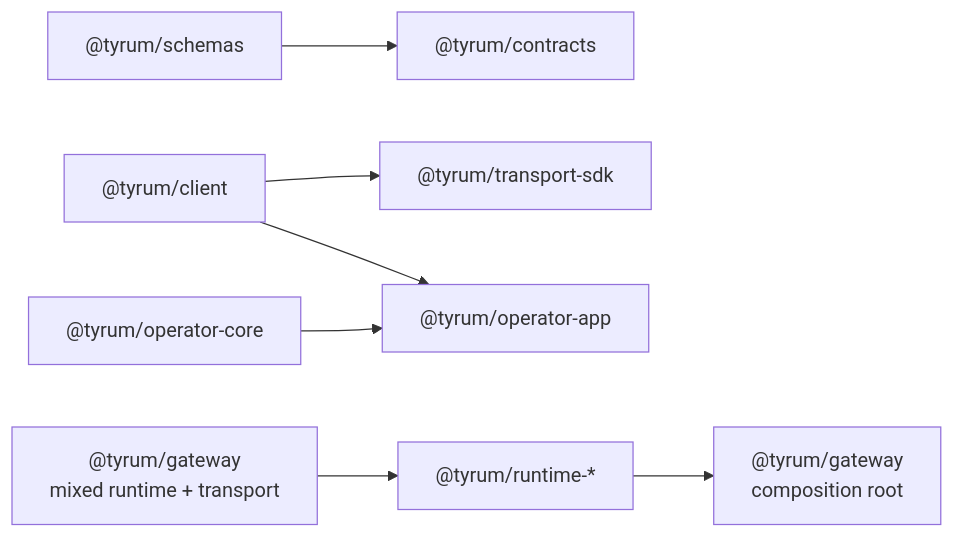
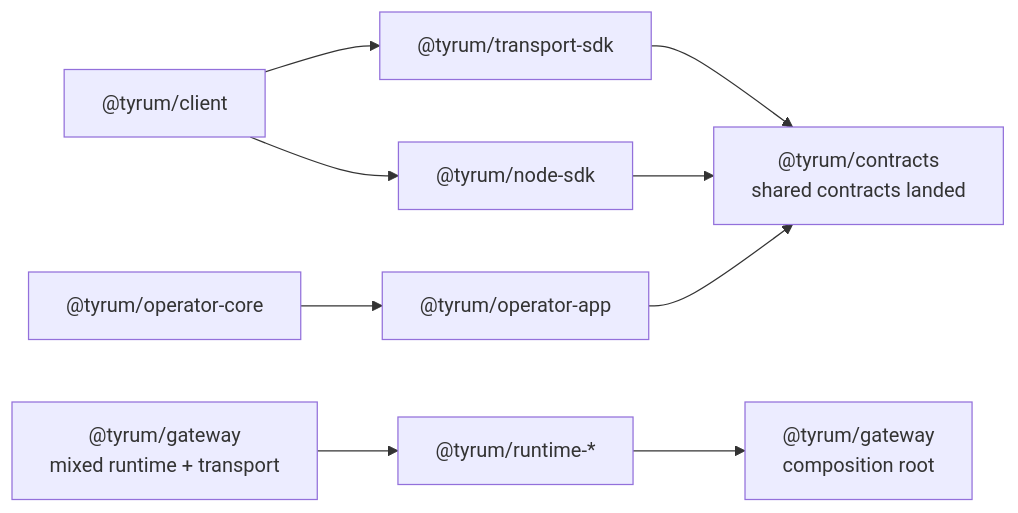
The diagram in docs/architecture/reference/arch-01-clean-break-target-state.md (tyrumai/tyrum), drawn with Mermaid before and after one commit. The commit also changed 753 other files, not shown here.

Commit message:
refactor: rename schemas package to contracts

````diff
--- a/docs/architecture/reference/arch-01-clean-break-target-state.md
+++ b/docs/architecture/reference/arch-01-clean-break-target-state.md
@@ -19,19 +19,21 @@
 ```mermaid
 flowchart LR
-  Schemas["@tyrum/schemas"]
+  Contracts["@tyrum/contracts<br/>shared contracts landed"]
   Client["@tyrum/client"]
   OperatorCore["@tyrum/operator-core"]
   GatewayNow["@tyrum/gateway<br/>mixed runtime + transport"]
-  Contracts["@tyrum/contracts"]
   Transport["@tyrum/transport-sdk"]
+  Node["@tyrum/node-sdk"]
   OperatorApp["@tyrum/operator-app"]
   RuntimeSplit["@tyrum/runtime-*"]
   GatewayTarget["@tyrum/gateway<br/>composition root"]
 
-  Schemas --> Contracts
+  Transport --> Contracts
+  Node --> Contracts
+  OperatorApp --> Contracts
   Client --> Transport
-  Client --> OperatorApp
+  Client --> Node
   OperatorCore --> OperatorApp
   GatewayNow --> RuntimeSplit
   RuntimeSplit --> GatewayTarget
 ```
````
